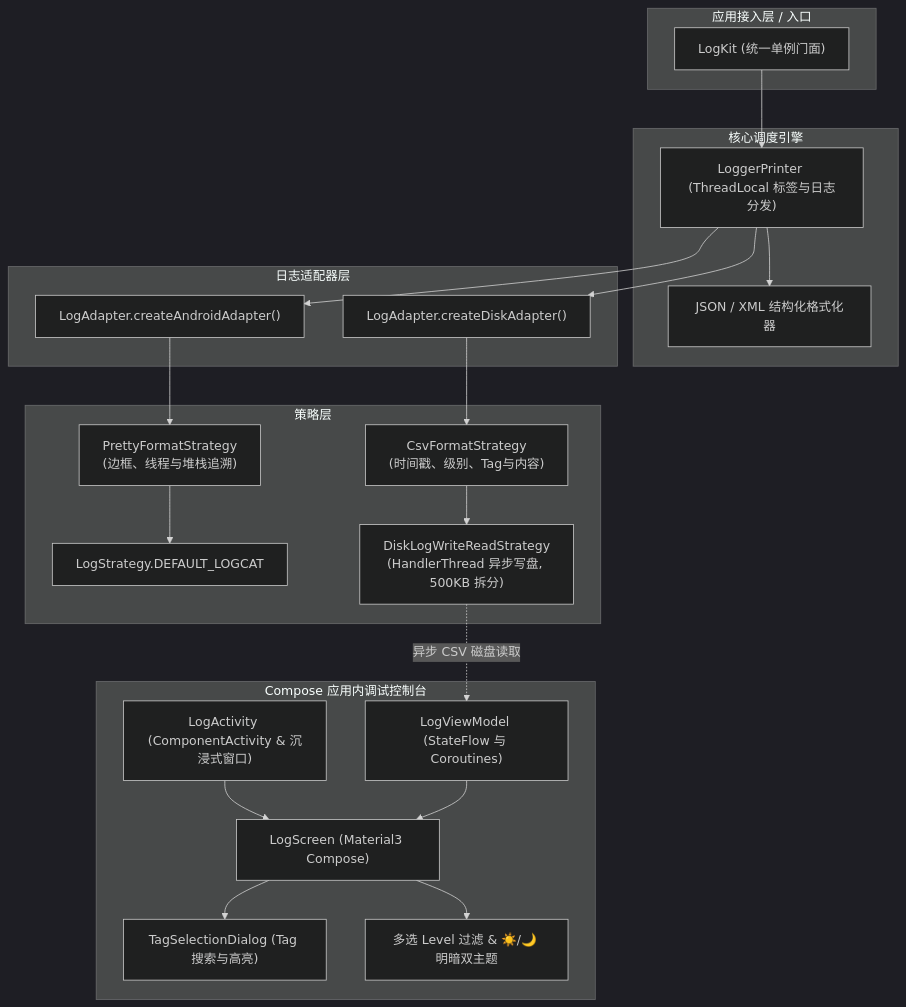
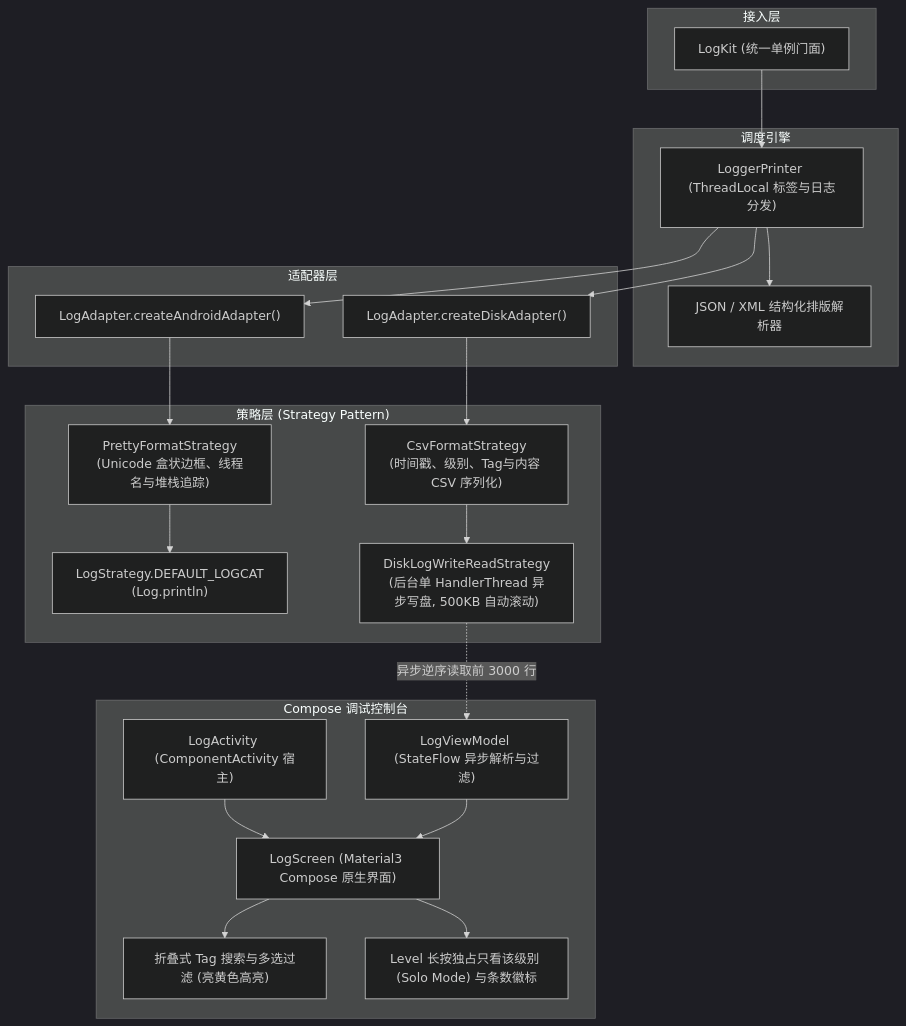
One commit to e-hai/LogKit-Android changed the diagram in README.md. Above: the diagram before and after it, drawn with Mermaid (dark theme). The commit also changed other lines of this file and 1 other file, not shown here.

````diff
--- a/README.md
+++ b/README.md
@@ -22,45 +22,45 @@
 ```mermaid
 graph TD
-    subgraph App ["应用接入层 / 入口"]
+    subgraph App ["接入层"]
         A1["LogKit (统一单例门面)"]
     end
 
-    subgraph Core ["核心调度引擎"]
+    subgraph Core ["调度引擎"]
         B["LoggerPrinter (ThreadLocal 标签与日志分发)"]
-        B1["JSON / XML 结构化格式化器"]
+        B1["JSON / XML 结构化排版解析器"]
     end
 
-    subgraph Adapters ["日志适配器层"]
+    subgraph Adapters ["适配器层"]
         C1["LogAdapter.createAndroidAdapter()"]
         C2["LogAdapter.createDiskAdapter()"]
     end
 
-    subgraph Strategies ["策略层"]
-        D1["PrettyFormatStrategy\n(边框、线程与堆栈追溯)"]
-        D2["CsvFormatStrategy\n(时间戳、级别、Tag与内容)"]
-        E1["LogStrategy.DEFAULT_LOGCAT"]
-        E2["DiskLogWriteReadStrategy\n(HandlerThread 异步写盘, 500KB 拆分)"]
+    subgraph Strategies ["策略层 (Strategy Pattern)"]
+        D1["PrettyFormatStrategy\n(Unicode 盒状边框、线程名与堆栈追踪)"]
+        D2["CsvFormatStrategy\n(时间戳、级别、Tag与内容 CSV 序列化)"]
+        E1["LogStrategy.DEFAULT_LOGCAT\n(Log.println)"]
+        E2["DiskLogWriteReadStrategy\n(后台单 HandlerThread 异步写盘, 500KB 自动滚动)"]
     end
 
-    subgraph UI ["Compose 应用内调试控制台"]
-        F1["LogActivity (ComponentActivity & 沉浸式窗口)"]
-        F2["LogViewModel (StateFlow 与 Coroutines)"]
-        F3["LogScreen (Material3 Compose)"]
-        F4["TagSelectionDialog (Tag 搜索与高亮)"]
-        F5["多选 Level 过滤 & ☀️/🌙 明暗双主题"]
+    subgraph UI ["Compose 调试控制台"]
+        F1["LogActivity (ComponentActivity 宿主)"]
+        F2["LogViewModel (StateFlow 异步解析与过滤)"]
+        F3["LogScreen (Material3 Compose 原生界面)"]
+        F4["折叠式 Tag 搜索与多选过滤 (亮黄色高亮)"]
+        F5["Level 长按独占只看该级别 (Solo Mode) 与条数徽标"]
     end
 
     A1 --> B
     B --> B1
     B --> C1
     B --> C2
     C1 --> D1
     C2 --> D2
     D1 --> E1
     D2 --> E2
-    E2 -.->|异步 CSV 磁盘读取| F2
+    E2 -.->|异步逆序读取前 3000 行| F2
     F1 --> F3
     F2 --> F3
     F3 --> F4
     F3 --> F5
 ```
````
